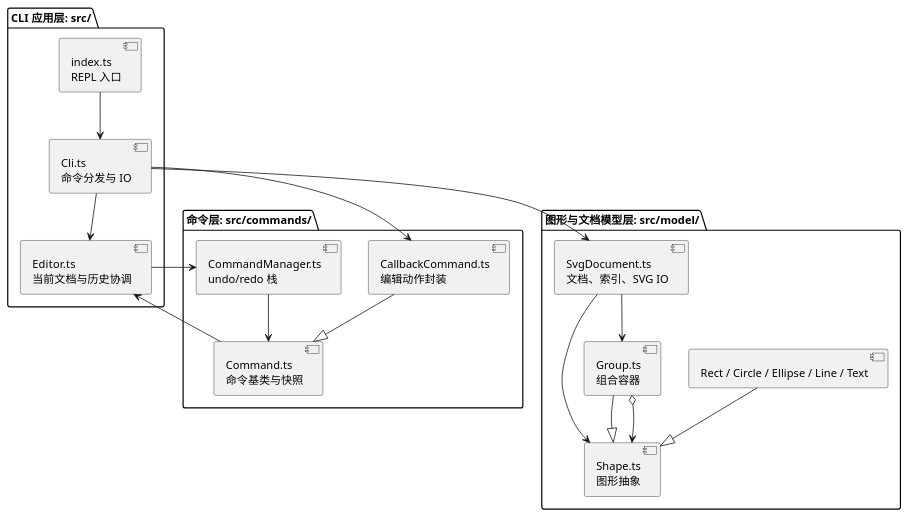
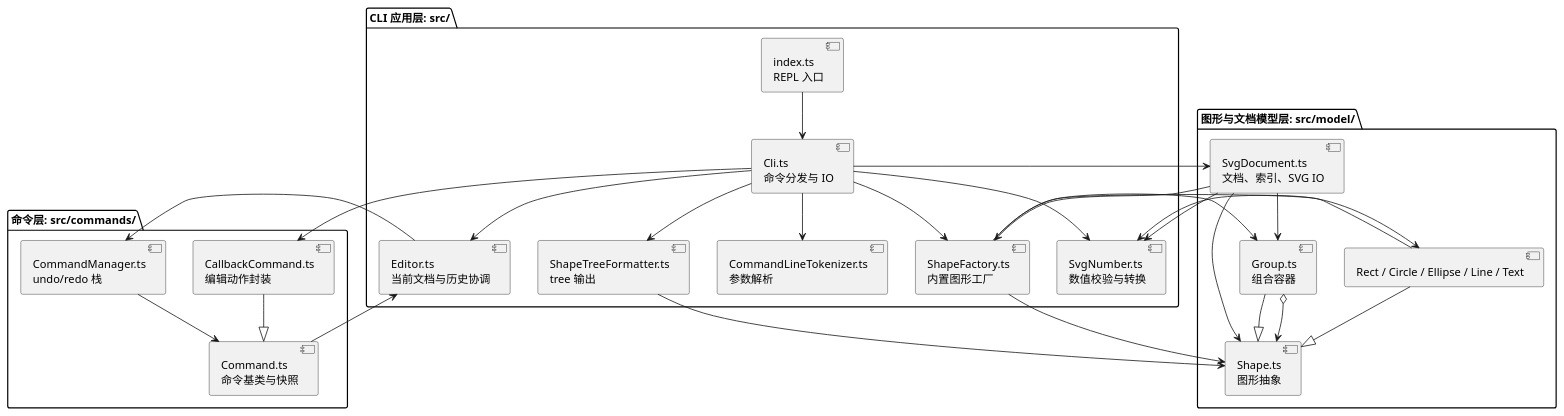
Before and after one commit to lxryj/gjrjkflab1: the diagram in doc/README.md, drawn with PlantUML. The commit also changed other lines of this file and 21 other files, not shown here.

````diff
--- a/doc/README.md
+++ b/doc/README.md
@@ -14,30 +18,43 @@
 ```plantuml
 @startuml
 package "CLI 应用层: src/" {
   [index.ts\nREPL 入口] --> [Cli.ts\n命令分发与 IO]
   [Cli.ts\n命令分发与 IO] --> [Editor.ts\n当前文档与历史协调]
+  [Cli.ts\n命令分发与 IO] --> [CommandLineTokenizer.ts\n参数解析]
+  [Cli.ts\n命令分发与 IO] --> [ShapeTreeFormatter.ts\ntree 输出]
+  [Cli.ts\n命令分发与 IO] --> [ShapeFactory.ts\n内置图形工厂]
+  [Cli.ts\n命令分发与 IO] --> [SvgNumber.ts\n数值校验与转换]
 }
 package "命令层: src/commands/" {
   [Command.ts\n命令基类与快照]
   [CallbackCommand.ts\n编辑动作封装]
   [CommandManager.ts\nundo/redo 栈]
   [CallbackCommand.ts\n编辑动作封装] --|> [Command.ts\n命令基类与快照]
   [CommandManager.ts\nundo/redo 栈] --> [Command.ts\n命令基类与快照]
 }
 package "图形与文档模型层: src/model/" {
   [Shape.ts\n图形抽象]
   [Rect / Circle / Ellipse / Line / Text]
   [Group.ts\n组合容器]
   [SvgDocument.ts\n文档、索引、SVG IO]
   [Rect / Circle / Ellipse / Line / Text] --|> [Shape.ts\n图形抽象]
   [Group.ts\n组合容器] --|> [Shape.ts\n图形抽象]
   [Group.ts\n组合容器] o--> [Shape.ts\n图形抽象]
+  [ShapeFactory.ts\n内置图形工厂]
+  [SvgNumber.ts\n数值校验与转换]
+  [ShapeFactory.ts\n内置图形工厂] --> [Rect / Circle / Ellipse / Line / Text]
+  [ShapeFactory.ts\n内置图形工厂] --> [Group.ts\n组合容器]
+  [Rect / Circle / Ellipse / Line / Text] --> [SvgNumber.ts\n数值校验与转换]
   [SvgDocument.ts\n文档、索引、SVG IO] --> [Group.ts\n组合容器]
   [SvgDocument.ts\n文档、索引、SVG IO] --> [Shape.ts\n图形抽象]
+  [SvgDocument.ts\n文档、索引、SVG IO] --> [ShapeFactory.ts\n内置图形工厂]
+  [SvgDocument.ts\n文档、索引、SVG IO] --> [SvgNumber.ts\n数值校验与转换]
+  [ShapeFactory.ts\n内置图形工厂] --> [Shape.ts\n图形抽象]
 }
 [Cli.ts\n命令分发与 IO] --> [CallbackCommand.ts\n编辑动作封装]
 [Cli.ts\n命令分发与 IO] --> [SvgDocument.ts\n文档、索引、SVG IO]
+[ShapeTreeFormatter.ts\ntree 输出] --> [Shape.ts\n图形抽象]
 [Editor.ts\n当前文档与历史协调] --> [CommandManager.ts\nundo/redo 栈]
 [Command.ts\n命令基类与快照] --> [Editor.ts\n当前文档与历史协调]
 @enduml
 ```
````
